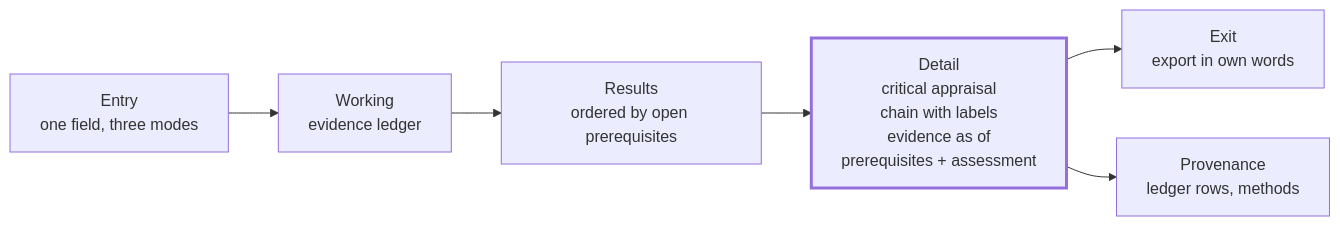
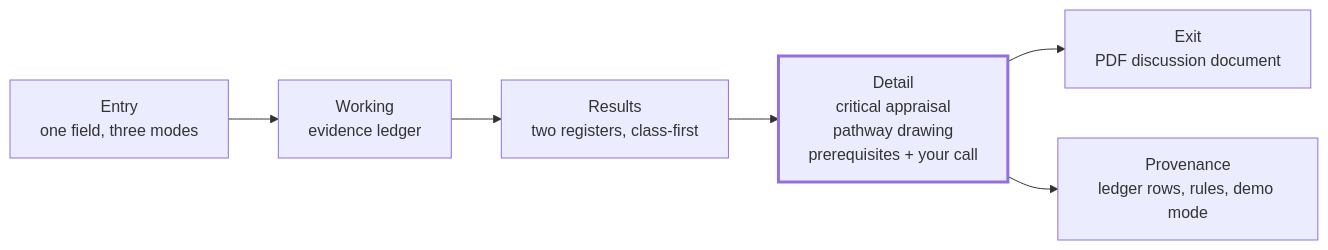
One commit to IvanRatushnyy/HackMIT changed the diagram in PRD Elute.md. Above: the diagram before and after it, drawn with Mermaid. The commit also changed other lines of this file and 3 other files, not shown here.

````diff
--- a/PRD Elute.md
+++ b/PRD Elute.md
@@ -132,9 +215,9 @@
 ```mermaid
 flowchart LR
   E[Entry<br/>one field, three modes] --> W[Working<br/>evidence ledger]
-  W --> R[Results<br/>ordered by open prerequisites]
-  R --> D[Detail<br/>critical appraisal<br/>chain with labels<br/>evidence as of<br/>prerequisites + assessment]
-  D --> X[Exit<br/>export in own words]
-  D --> P[Provenance<br/>ledger rows, methods]
+  W --> R[Results<br/>two registers, class-first]
+  R --> D[Detail<br/>critical appraisal<br/>pathway drawing<br/>prerequisites + your call]
+  D --> X[Exit<br/>PDF discussion document]
+  D --> P[Provenance<br/>ledger rows, rules, demo mode]
   style D stroke-width:3px
 ```
````
